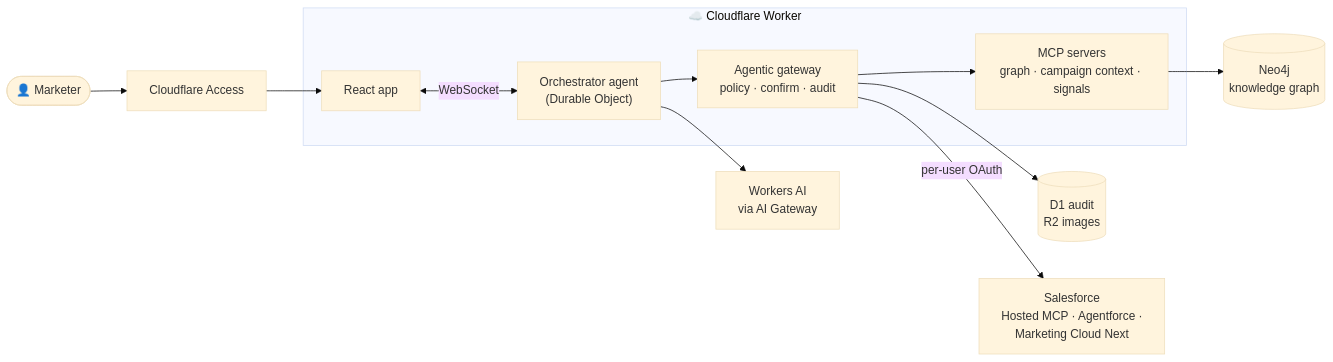
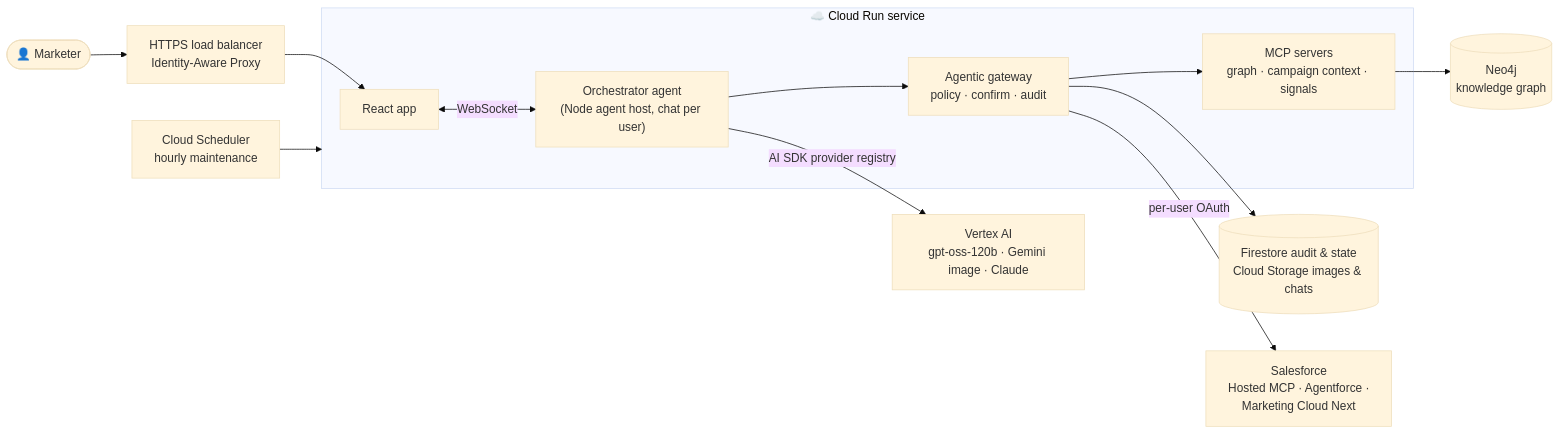
The diagram in README.md (awbauer/agentic-marketing-demo), drawn with Mermaid (base theme) before and after one commit. The commit also changed other lines of this file and 144 other files, not shown here.

Commit message:
Run on Google Cloud too; Cedar-scoped tools; choose the AI platform per request (#152)

````diff
--- a/README.md
+++ b/README.md
@@ -77,24 +79,26 @@
 ```mermaid
 flowchart LR
   user(["👤 Marketer"])
-  access["Cloudflare Access"]
+  lb["HTTPS load balancer<br/>Identity-Aware Proxy"]
 
-  subgraph worker["☁️ Cloudflare Worker"]
+  subgraph run["☁️ Cloud Run service"]
     spa["React app"]
-    orch["Orchestrator agent<br/>(Durable Object)"]
+    orch["Orchestrator agent<br/>(Node agent host, chat per user)"]
     gw["Agentic gateway<br/>policy · confirm · audit"]
     mcp["MCP servers<br/>graph · campaign context · signals"]
   end
 
-  ai["Workers AI<br/>via AI Gateway"]
-  data[("D1 audit<br/>R2 images")]
+  ai["Vertex AI<br/>gpt-oss-120b · Gemini image · Claude"]
+  data[("Firestore audit & state<br/>Cloud Storage images & chats")]
+  sched["Cloud Scheduler<br/>hourly maintenance"]
   sf["Salesforce<br/>Hosted MCP · Agentforce ·<br/>Marketing Cloud Next"]
   neo[("Neo4j<br/>knowledge graph")]
 
-  user --> access --> spa <-->|WebSocket| orch
-  orch --> ai
+  user --> lb --> spa <-->|WebSocket| orch
+  orch -->|AI SDK provider registry| ai
   orch --> gw
   gw --> mcp --> neo
   gw -->|per-user OAuth| sf
   gw --> data
+  sched --> run
 ```
````
